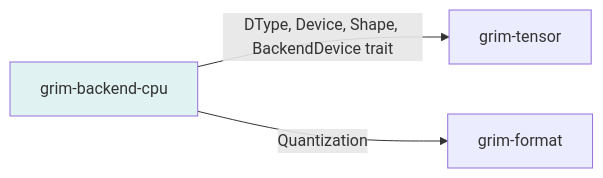
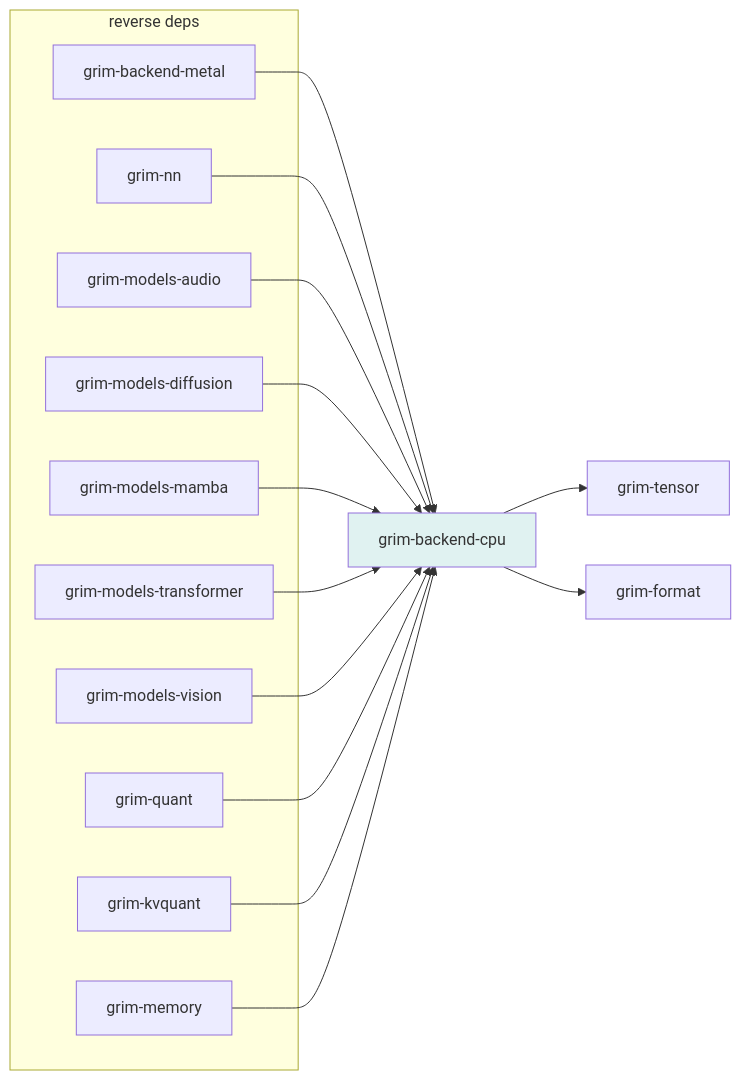
Before and after one commit to sydonayrex/grim: the diagram in crates/grim-backend-cpu/README.md, drawn with Mermaid. The commit also changed other lines of this file and 55 other files, not shown here.

````diff
--- a/crates/grim-backend-cpu/README.md
+++ b/crates/grim-backend-cpu/README.md
@@ -20,7 +17,31 @@
 ```mermaid
 graph LR
-    A[grim-backend-cpu] -->|DType, Device, Shape, BackendDevice trait| B[grim-tensor]
-    A -->|Quantization| C[grim-format]
-    
+    A[grim-backend-cpu] --> B[grim-tensor]
+    A --> C[grim-format]
+
+    subgraph "reverse deps"
+        D1[grim-backend-metal]
+        D2[grim-nn]
+        D3[grim-models-audio]
+        D4[grim-models-diffusion]
+        D5[grim-models-mamba]
+        D6[grim-models-transformer]
+        D7[grim-models-vision]
+        D8[grim-quant]
+        D9[grim-kvquant]
+        D10[grim-memory]
+    end
+
+    D1 --> A
+    D2 --> A
+    D3 --> A
+    D4 --> A
+    D5 --> A
+    D6 --> A
+    D7 --> A
+    D8 --> A
+    D9 --> A
+    D10 --> A
+
     style A fill:#e0f2f1
 ```
````
